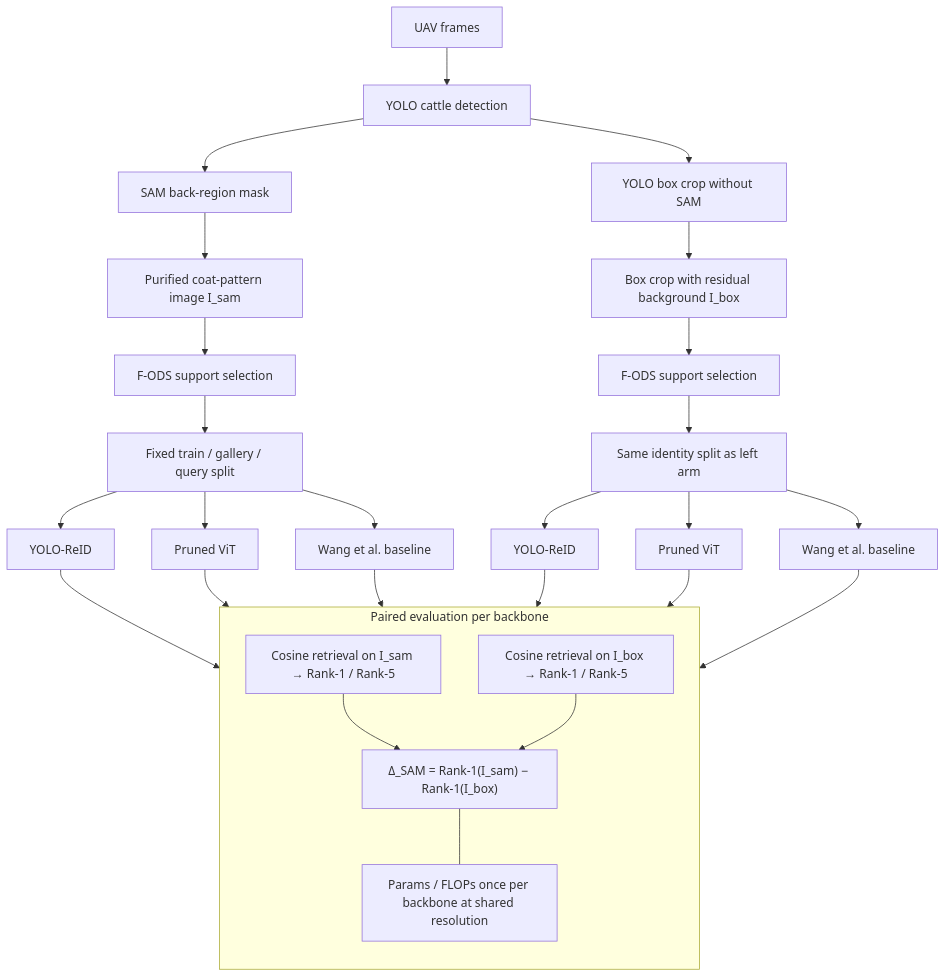
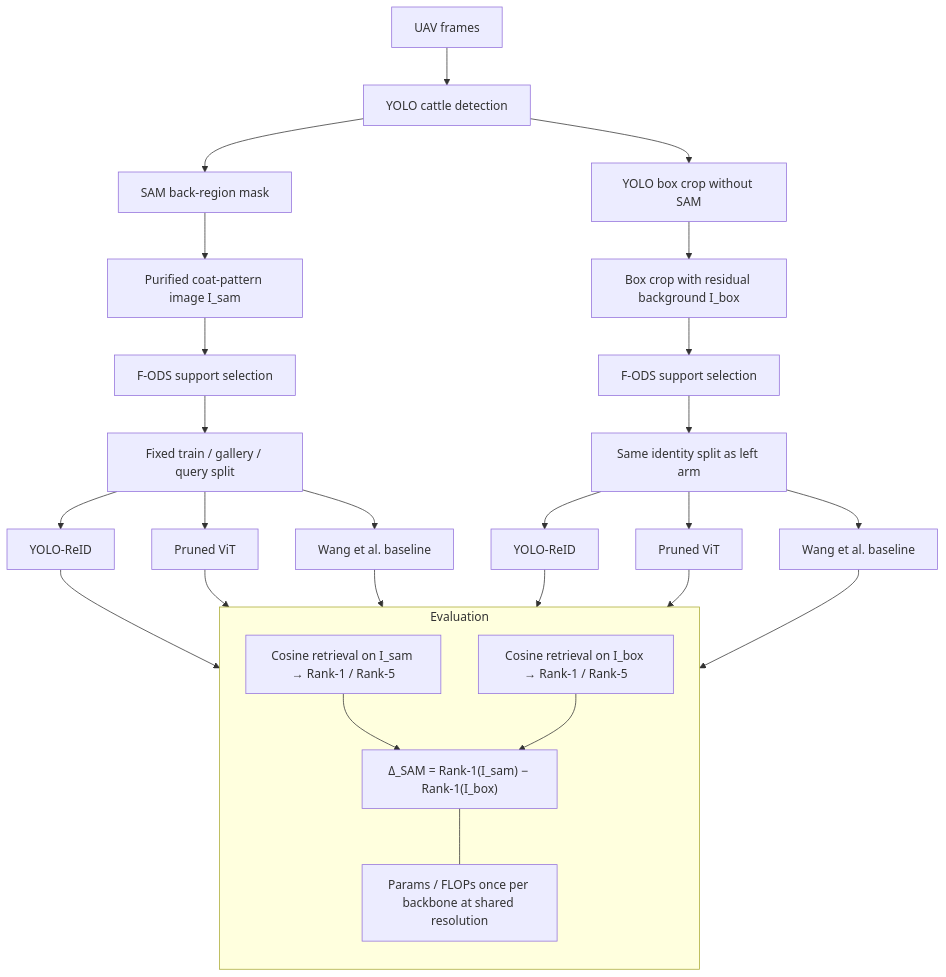
One commit to tianyi-star/2d_cattle changed the diagram in README.md. Above: the diagram before and after it, drawn with Mermaid.

````diff
--- a/README.md
+++ b/README.md
@@ -16,32 +16,32 @@
 ```mermaid
 flowchart TD
     A[UAV frames] --> B[YOLO cattle detection]
     B --> C[SAM back-region mask]
     B --> N[YOLO box crop without SAM]
     C --> D[Purified coat-pattern image I_sam]
     N --> P[Box crop with residual background I_box]
     D --> E[F-ODS support selection]
     P --> Q[F-ODS support selection]
     E --> F[Fixed train / gallery / query split]
     Q --> R[Same identity split as left arm]
     F --> G[YOLO-ReID]
     F --> H[Pruned ViT]
     F --> I[Wang et al. baseline]
     R --> G2[YOLO-ReID]
     R --> H2[Pruned ViT]
     R --> I2[Wang et al. baseline]
 
-    subgraph EVAL["Paired evaluation per backbone"]
+    subgraph EVAL["Evaluation"]
         direction TB
         J["Cosine retrieval on I_sam → Rank-1 / Rank-5"]
         K["Cosine retrieval on I_box → Rank-1 / Rank-5"]
         L["Δ_SAM = Rank-1(I_sam) − Rank-1(I_box)"]
         M["Params / FLOPs once per backbone at shared resolution"]
         J --> L
         K --> L
         L --- M
     end
 
     G & H & I --> J
     G2 & H2 & I2 --> K
 ```
````
